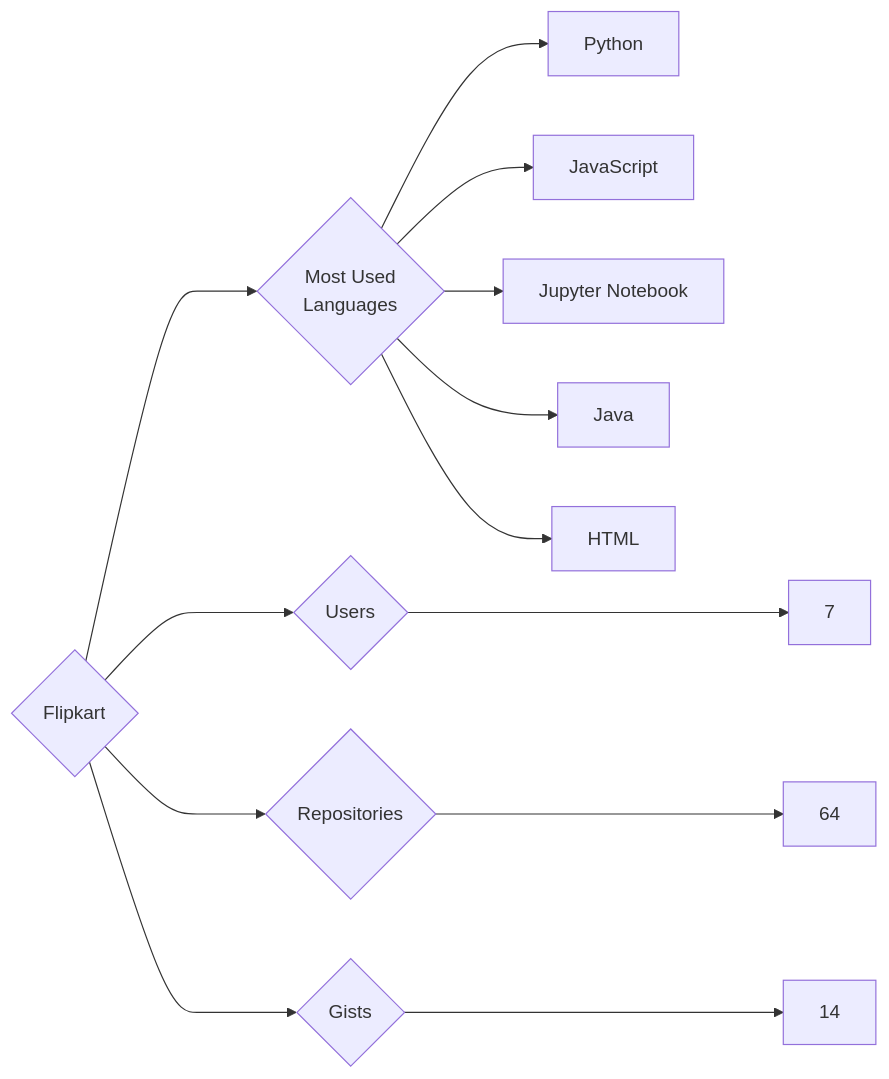
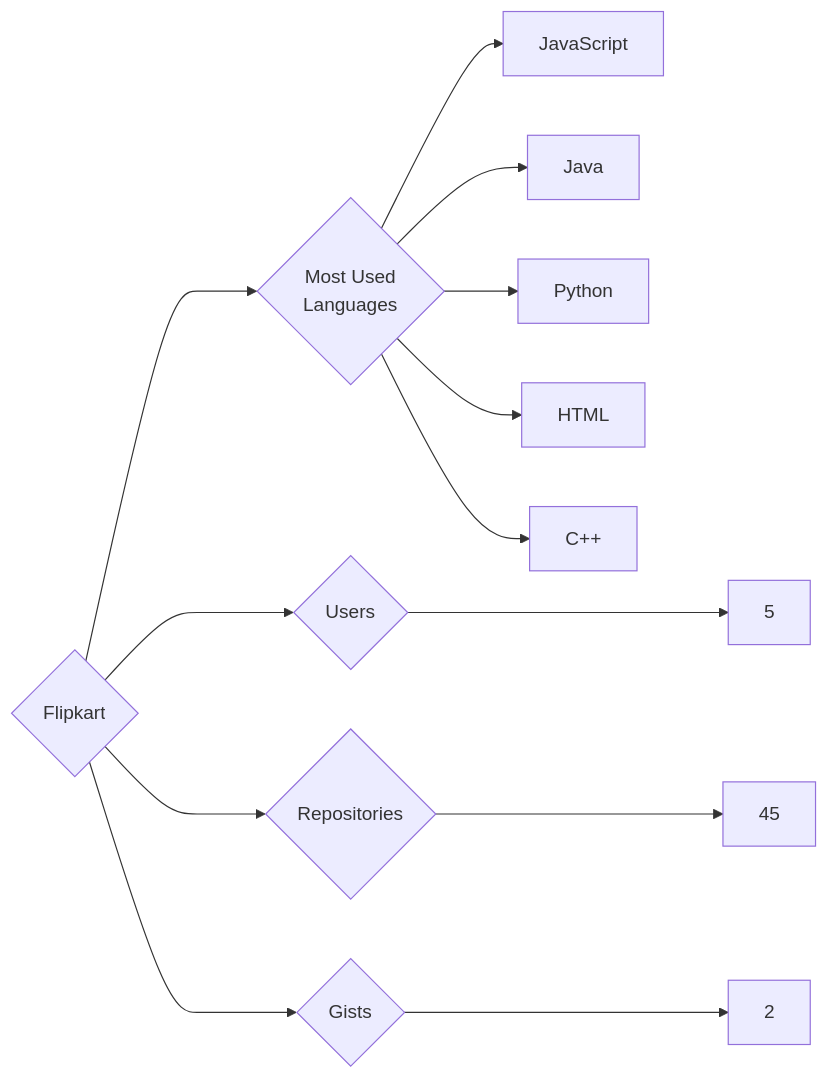
One commit to trickest/insiders changed the diagram in targets/Flipkart/README.md. Above: the diagram before and after it, drawn with Mermaid. The commit also changed 938 other files, not shown here.

````diff
--- a/targets/Flipkart/README.md
+++ b/targets/Flipkart/README.md
@@ -3,13 +3,13 @@
 ```mermaid
 graph LR
 COMPANY_NAME{Flipkart}
-COMPANY_NAME ---> U{Users} ---> UN[7]
-COMPANY_NAME ---> R{Repositories} ---> RN[64]
-COMPANY_NAME ---> G{Gists} ---> GN[14]
+COMPANY_NAME ---> U{Users} ---> UN[5]
+COMPANY_NAME ---> R{Repositories} ---> RN[45]
+COMPANY_NAME ---> G{Gists} ---> GN[2]
 COMPANY_NAME ---> ML{Most Used<br>Languages}
+ML --> JavaScript[JavaScript]
+ML --> Java[Java]
 ML --> Python[Python]
-ML --> JavaScript[JavaScript]
-ML --> Jupyter_Notebook[Jupyter Notebook]
-ML --> Java[Java]
 ML --> HTML[HTML]
+ML --> C++[C++]
 ```
````
